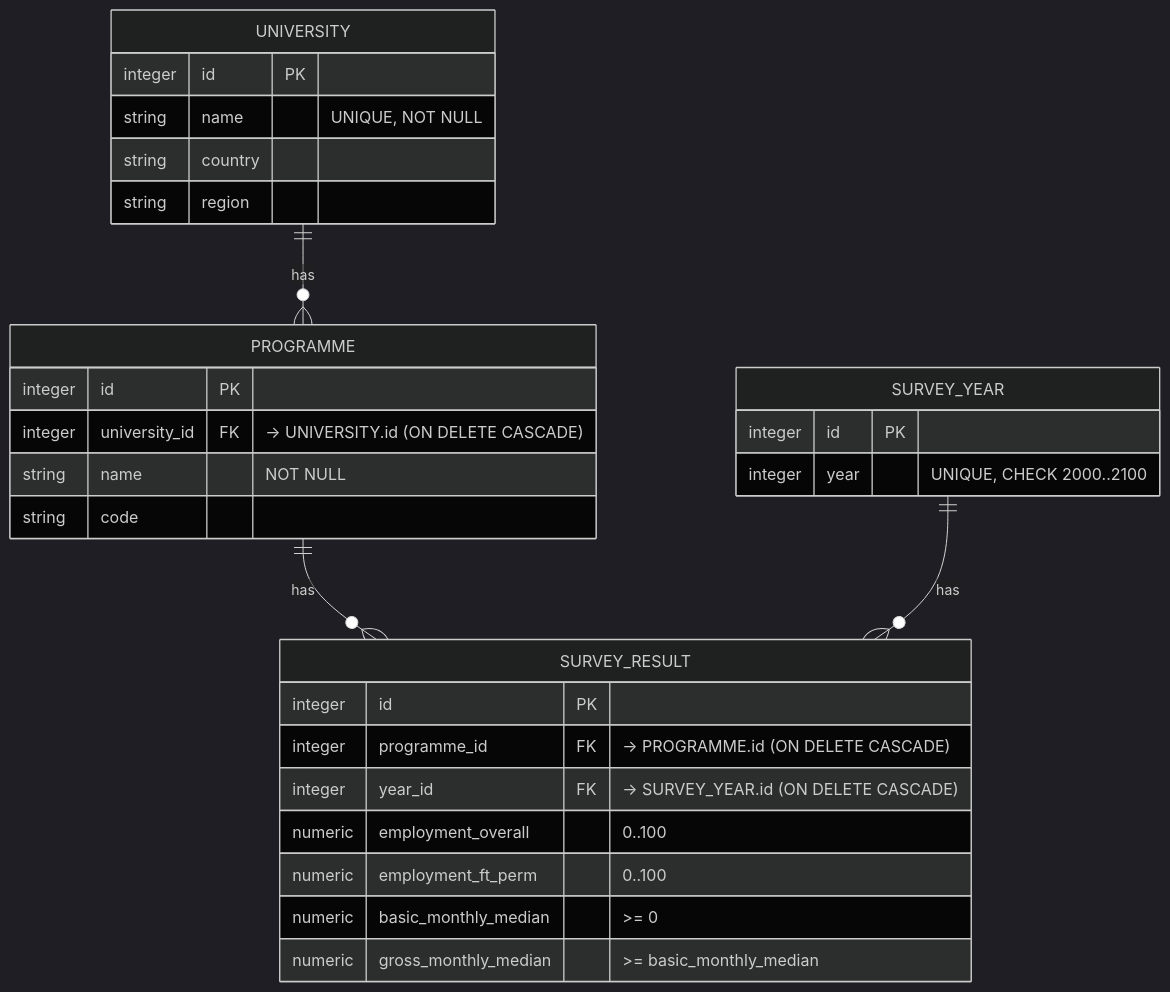
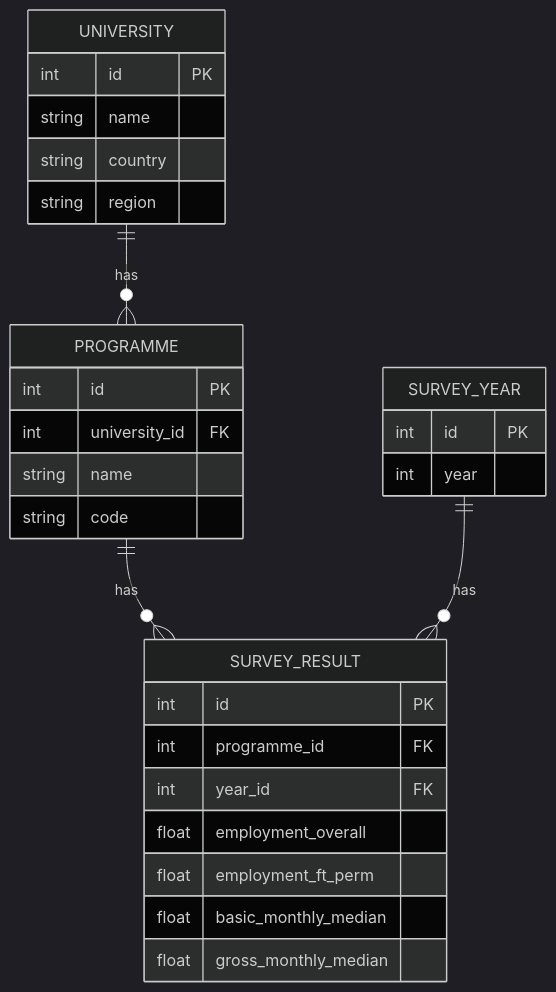
Before and after one commit to Lychooo/COMP0035-CK1: the diagram in erd.md, drawn with Mermaid (dark theme). The commit also changed 1 other file, not shown here.

Commit message:
chore: fix flake8 W391 (remove trailing blank lines) and regenerate ERD

````diff
--- a/erd.md
+++ b/erd.md
@@ -1,35 +1,35 @@
 ```mermaid
 erDiagram
-    UNIVERSITY ||--o{ PROGRAMME : has
-    PROGRAMME ||--o{ SURVEY_RESULT : has
-    SURVEY_YEAR ||--o{ SURVEY_RESULT : has
+  UNIVERSITY  ||--o{ PROGRAMME     : has
+  PROGRAMME   ||--o{ SURVEY_RESULT : has
+  SURVEY_YEAR ||--o{ SURVEY_RESULT : has
 
-    UNIVERSITY {
-        integer id PK
-        string  name  "UNIQUE, NOT NULL"
-        string  country
-        string  region
-    }
+  UNIVERSITY {
+    int    id      PK
+    string name
+    string country
+    string region
+  }
 
-    PROGRAMME {
-        integer id PK
-        integer university_id FK "-> UNIVERSITY.id (ON DELETE CASCADE)"
-        string  name  "NOT NULL"
-        string  code
-    }
+  PROGRAMME {
+    int    id           PK
+    int    university_id FK
+    string name
+    string code
+  }
 
-    SURVEY_YEAR {
-        integer id PK
-        integer year "UNIQUE, CHECK 2000..2100"
-    }
+  SURVEY_YEAR {
+    int    id    PK
+    int    year
+  }
 
-    SURVEY_RESULT {
-        integer id PK
-        integer programme_id FK "-> PROGRAMME.id (ON DELETE CASCADE)"
-        integer year_id FK "-> SURVEY_YEAR.id (ON DELETE CASCADE)"
-        numeric employment_overall  "0..100"
-        numeric employment_ft_perm  "0..100"
-        numeric basic_monthly_median ">= 0"
-        numeric gross_monthly_median ">= basic_monthly_median"
-    }
+  SURVEY_RESULT {
+    int    id                 PK
+    int    programme_id       FK
+    int    year_id            FK
+    float  employment_overall
+    float  employment_ft_perm
+    float  basic_monthly_median
+    float  gross_monthly_median
+  }
 ```
````
